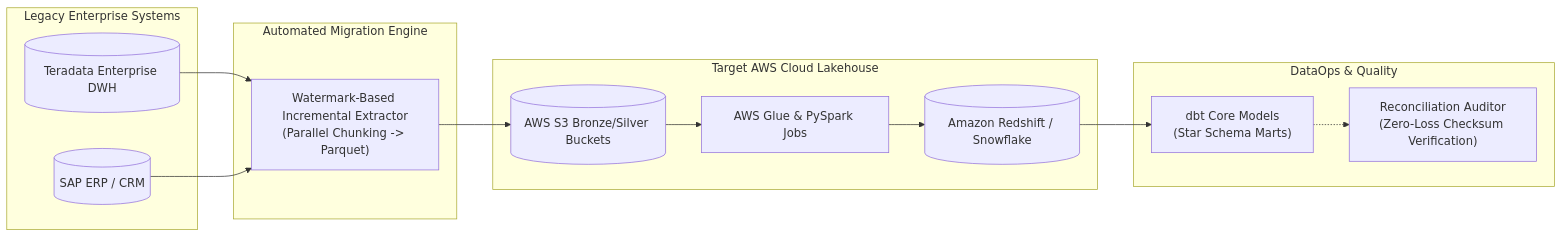
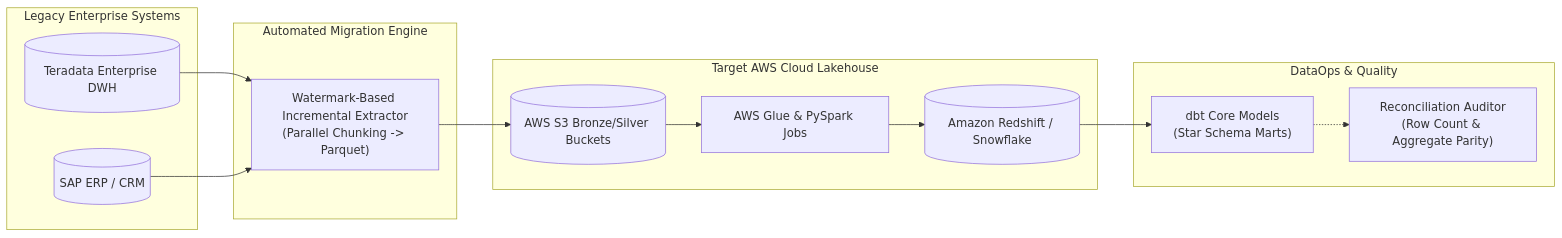
One commit to devmasonmir/enterprise-cloud-data-migration changed the diagram in README.md. Above: the diagram before and after it, drawn with Mermaid. The commit also changed other lines of this file and 3 other files, not shown here.

````diff
--- a/README.md
+++ b/README.md
@@ -16,29 +16,29 @@
 ```mermaid
 flowchart LR
     subgraph Legacy["Legacy Enterprise Systems"]
         TD[("Teradata Enterprise DWH")]
         SAP[("SAP ERP / CRM")]
     end
 
     subgraph Ingestion["Automated Migration Engine"]
         IE["Watermark-Based Incremental Extractor<br/>(Parallel Chunking -> Parquet)"]
         TD --> IE
         SAP --> IE
     end
 
     subgraph AWS["Target AWS Cloud Lakehouse"]
         S3[("AWS S3 Bronze/Silver Buckets")]
         Glue["AWS Glue & PySpark Jobs"]
         RS[("Amazon Redshift / Snowflake")]
         IE --> S3
         S3 --> Glue
         Glue --> RS
     end
 
     subgraph Transform["DataOps & Quality"]
         dbt["dbt Core Models<br/>(Star Schema Marts)"]
-        Audit["Reconciliation Auditor<br/>(Zero-Loss Checksum Verification)"]
+        Audit["Reconciliation Auditor<br/>(Row Count &amp; Aggregate Parity)"]
         RS --> dbt
         dbt -.-> Audit
     end
 ```
````
